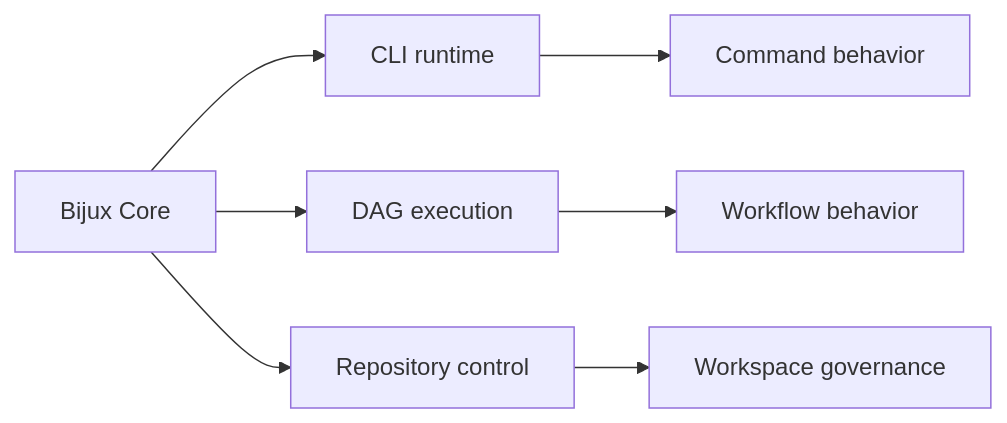
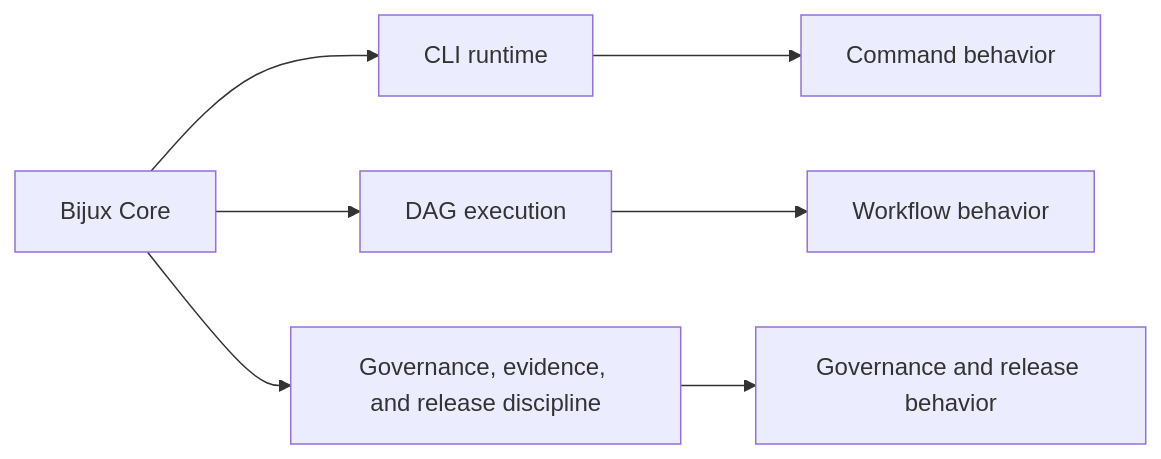
The diagram in docs/projects/bijux-core.md (bijux/bijux.github.io), drawn with Mermaid before and after one commit. The commit also changed other lines of this file, not shown here.

Commit message:
docs(core): add concrete core surfaces and specific control branch

````diff
--- a/docs/projects/bijux-core.md
+++ b/docs/projects/bijux-core.md
@@ -30,10 +34,10 @@
 ```mermaid
 graph LR
     core["Bijux Core"] --> cli["CLI runtime"]
     core --> dag["DAG execution"]
-    core --> control["Repository control"]
+    core --> control["Governance, evidence, and release discipline"]
 
     cli --> command["Command behavior"]
     dag --> workflow["Workflow behavior"]
-    control --> governance["Workspace governance"]
+    control --> governance["Governance and release behavior"]
 ```
````
